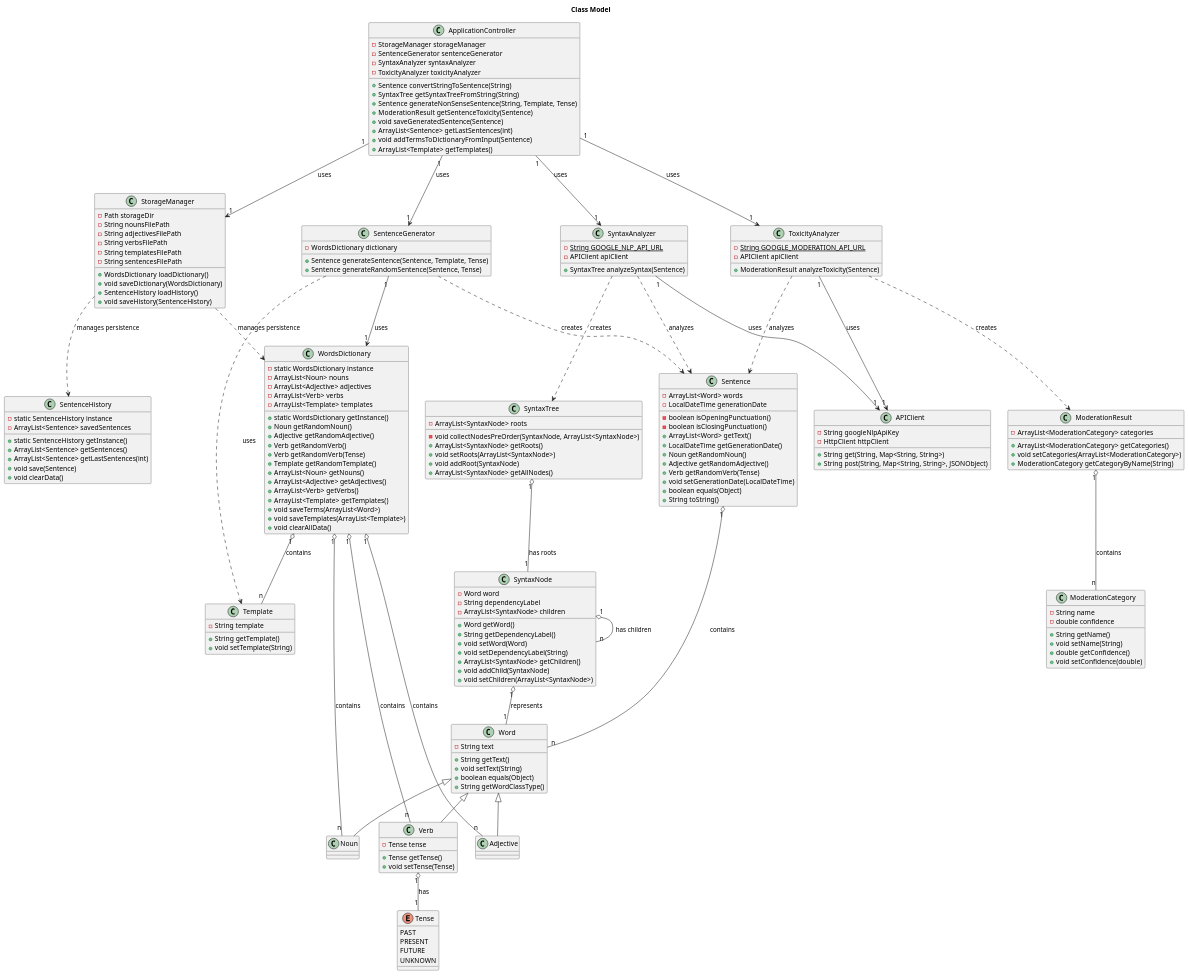
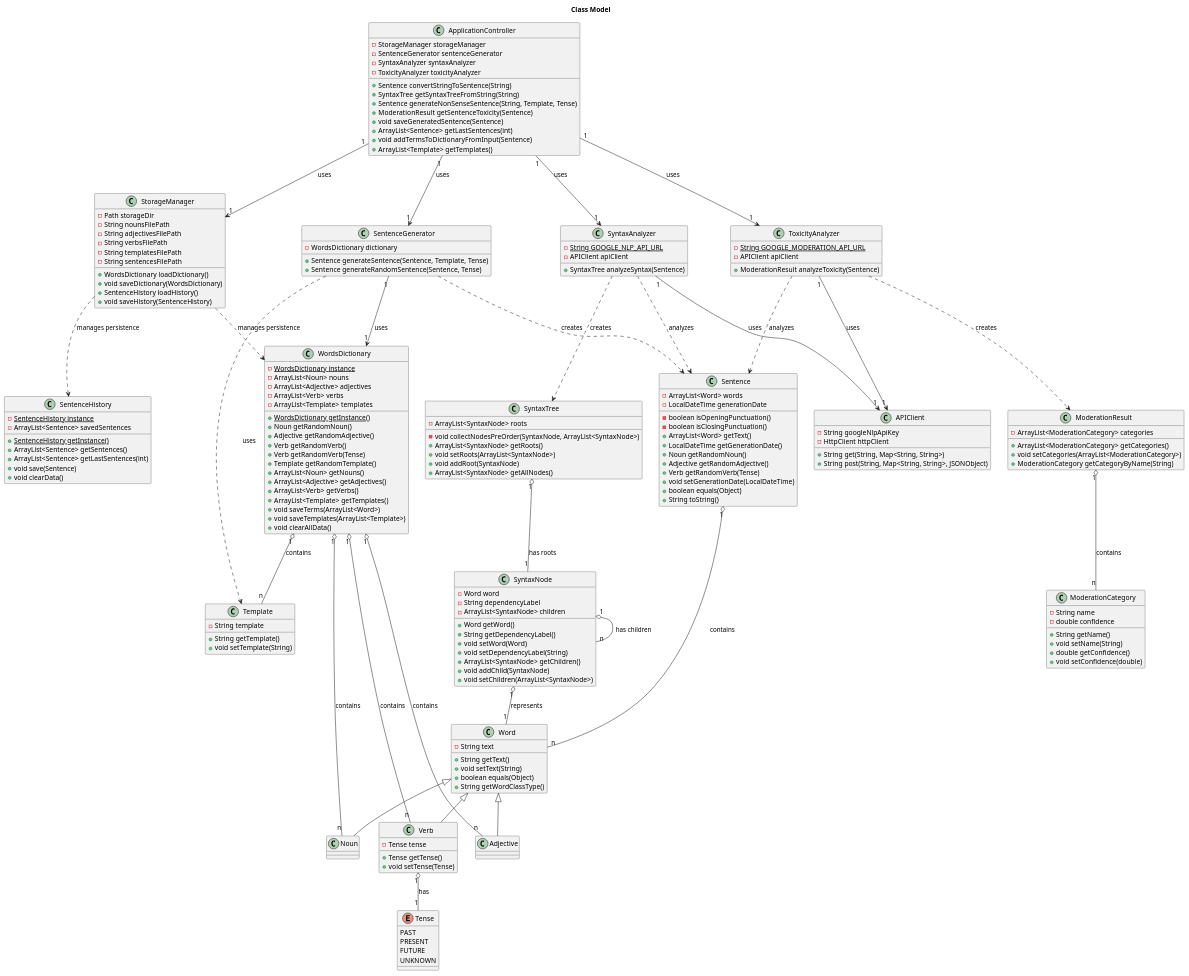
One commit to liamtoaldo/NonSenseGenerator changed the diagram in docs/diagrams/classmodel.plantuml. Above: the diagram before and after it, drawn with PlantUML. The commit also changed 13 other files, not shown here.

```diff
--- a/docs/diagrams/classmodel.plantuml
+++ b/docs/diagrams/classmodel.plantuml
@@ -51,12 +51,12 @@
 
 ' WordsDictionary usa Design Pattern: Singleton
 class WordsDictionary {
-    -static WordsDictionary instance
+    -{static} WordsDictionary instance
     -ArrayList<Noun> nouns
     -ArrayList<Adjective> adjectives
     -ArrayList<Verb> verbs
     -ArrayList<Template> templates
-    +static WordsDictionary getInstance()
+    +{static} WordsDictionary getInstance()
     +Noun getRandomNoun()
     +Adjective getRandomAdjective()
     +Verb getRandomVerb()
@@ -73,9 +73,9 @@
 
 ' SentenceHistory usa Design Pattern: Singleton
 class SentenceHistory {
-    -static SentenceHistory instance
+    -{static} SentenceHistory instance
     -ArrayList<Sentence> savedSentences
-    +static SentenceHistory getInstance()
+    +{static} SentenceHistory getInstance()
     +ArrayList<Sentence> getSentences()
     +ArrayList<Sentence> getLastSentences(int)
     +void save(Sentence)
```
